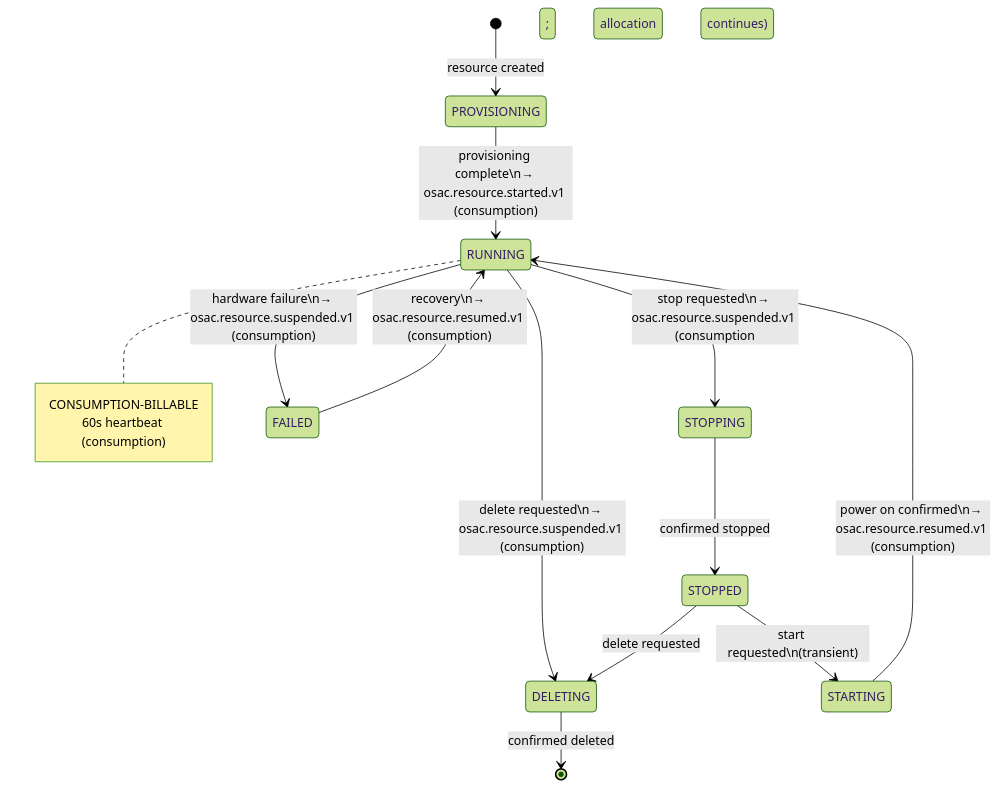
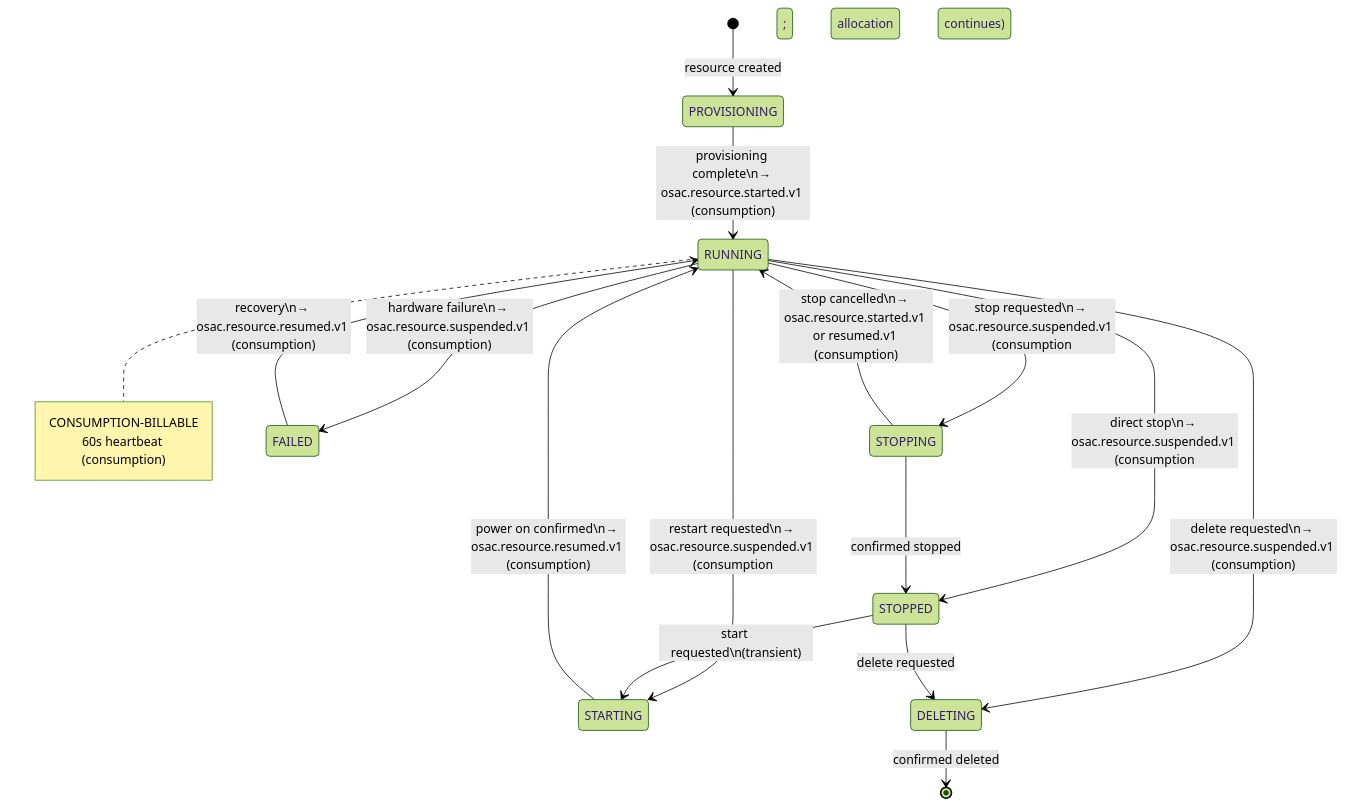
The third of 3 diagrams in enhancements/OSAC-2506-metering-bmaas/design.md (osac-project/enhancement-proposals), drawn with Mermaid (forest theme) before and after one commit. The commit also changed other lines of this file, not shown here.

Commit message:
OSAC-2506: complete consumption transitions

````diff
--- a/enhancements/OSAC-2506-metering-bmaas/design.md
+++ b/enhancements/OSAC-2506-metering-bmaas/design.md
@@ -485,26 +533,29 @@
 ```mermaid
 stateDiagram-v2
     [*] --> PROVISIONING : resource created
 
     PROVISIONING --> RUNNING : provisioning complete\n→ osac.resource.started.v1 (consumption)
 
+    RUNNING --> STARTING : restart requested\n→ osac.resource.suspended.v1 (consumption; allocation continues)
     RUNNING --> STOPPING : stop requested\n→ osac.resource.suspended.v1 (consumption; allocation continues)
+    RUNNING --> STOPPED : direct stop\n→ osac.resource.suspended.v1 (consumption; allocation continues)
     RUNNING --> FAILED : hardware failure\n→ osac.resource.suspended.v1 (consumption)
     RUNNING --> DELETING : delete requested\n→ osac.resource.suspended.v1 (consumption)
 
     note right of RUNNING
         CONSUMPTION-BILLABLE
         60s heartbeat (consumption)
     end note
 
+    STOPPING --> RUNNING : stop cancelled\n→ osac.resource.started.v1 or resumed.v1 (consumption)
     STOPPING --> STOPPED : confirmed stopped
 
     STOPPED --> STARTING : start requested\n(transient)
     STOPPED --> DELETING : delete requested
 
     STARTING --> RUNNING : power on confirmed\n→ osac.resource.resumed.v1 (consumption)
 
     FAILED --> RUNNING : recovery\n→ osac.resource.resumed.v1 (consumption)
 
     DELETING --> [*] : confirmed deleted
 ```
````
